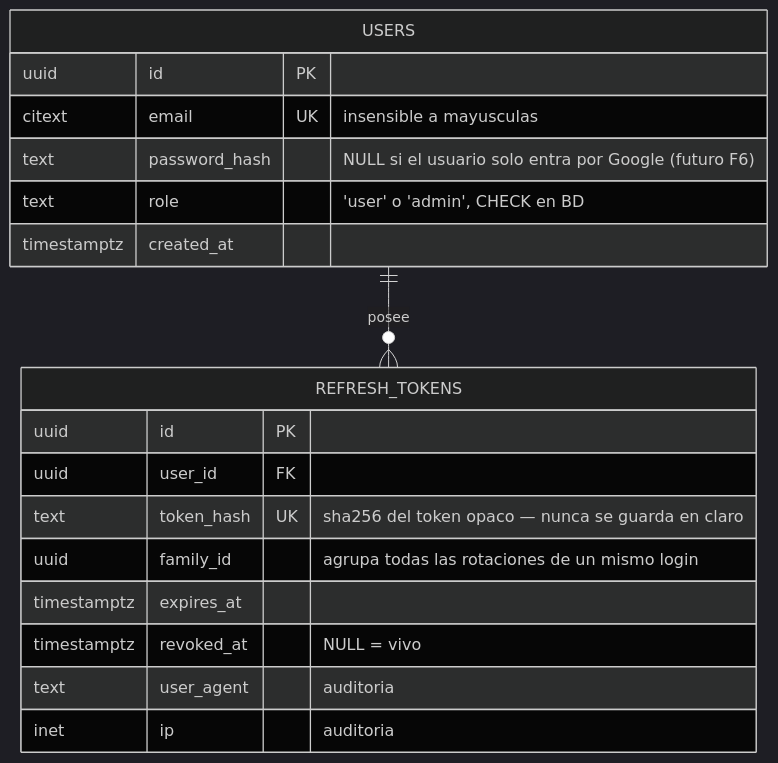
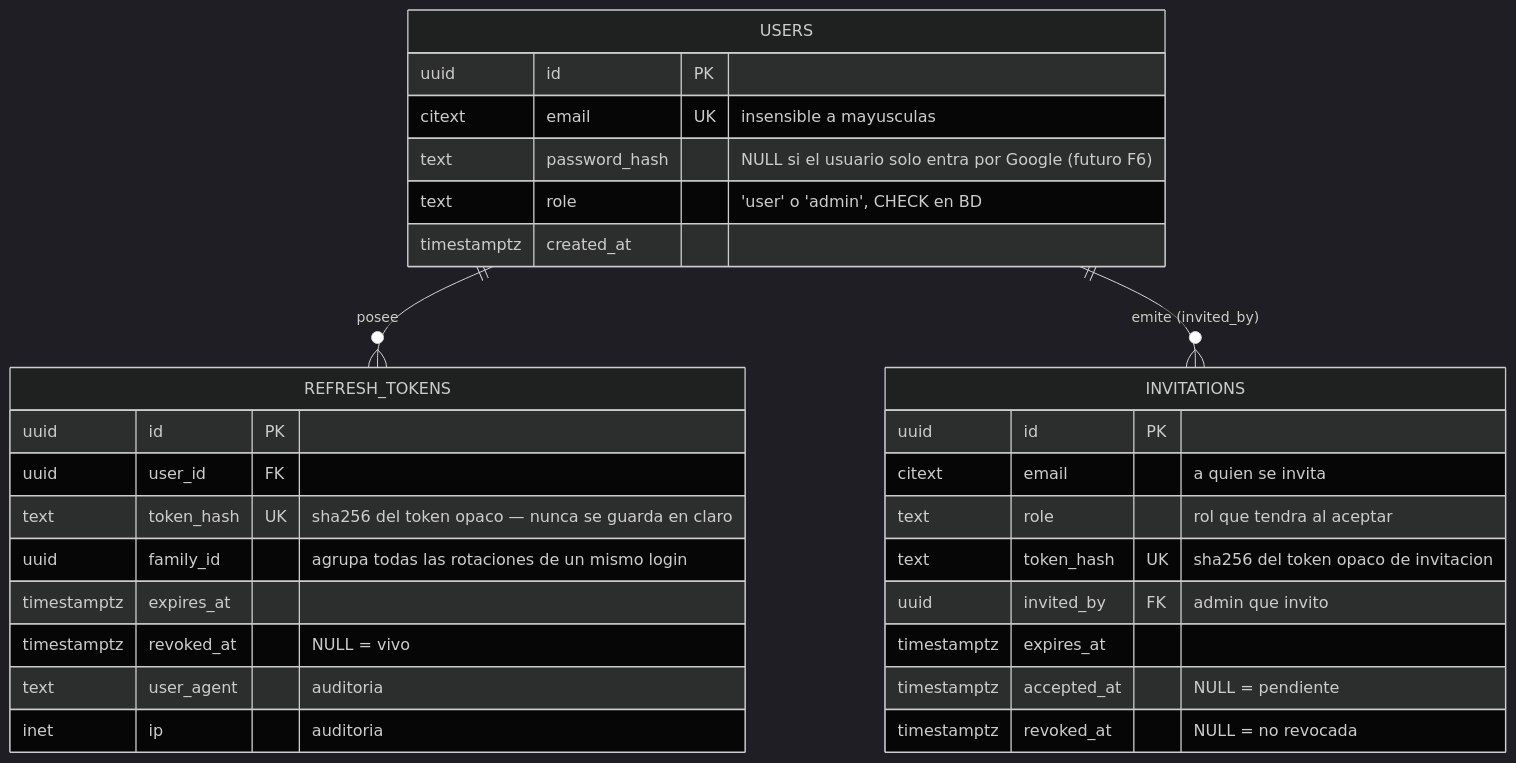
Before and after one commit to afayaizu-dev/quini-api: the second of 7 diagrams in docs/02-Autenticacion.md, drawn with Mermaid (dark theme). The commit also changed other lines of this file and 14 other files, not shown here.

````diff
--- a/docs/02-Autenticacion.md
+++ b/docs/02-Autenticacion.md
@@ -72,22 +73,33 @@
 ```mermaid
 erDiagram
     USERS ||--o{ REFRESH_TOKENS : "posee"
+    USERS ||--o{ INVITATIONS : "emite (invited_by)"
 
     USERS {
         uuid id PK
         citext email UK "insensible a mayusculas"
         text password_hash "NULL si el usuario solo entra por Google (futuro F6)"
         text role "'user' o 'admin', CHECK en BD"
         timestamptz created_at
     }
     REFRESH_TOKENS {
         uuid id PK
         uuid user_id FK
         text token_hash UK "sha256 del token opaco — nunca se guarda en claro"
         uuid family_id "agrupa todas las rotaciones de un mismo login"
         timestamptz expires_at
         timestamptz revoked_at "NULL = vivo"
         text user_agent "auditoria"
         inet ip "auditoria"
     }
+    INVITATIONS {
+        uuid id PK
+        citext email "a quien se invita"
+        text role "rol que tendra al aceptar"
+        text token_hash UK "sha256 del token opaco de invitacion"
+        uuid invited_by FK "admin que invito"
+        timestamptz expires_at
+        timestamptz accepted_at "NULL = pendiente"
+        timestamptz revoked_at "NULL = no revocada"
+    }
 ```
````
